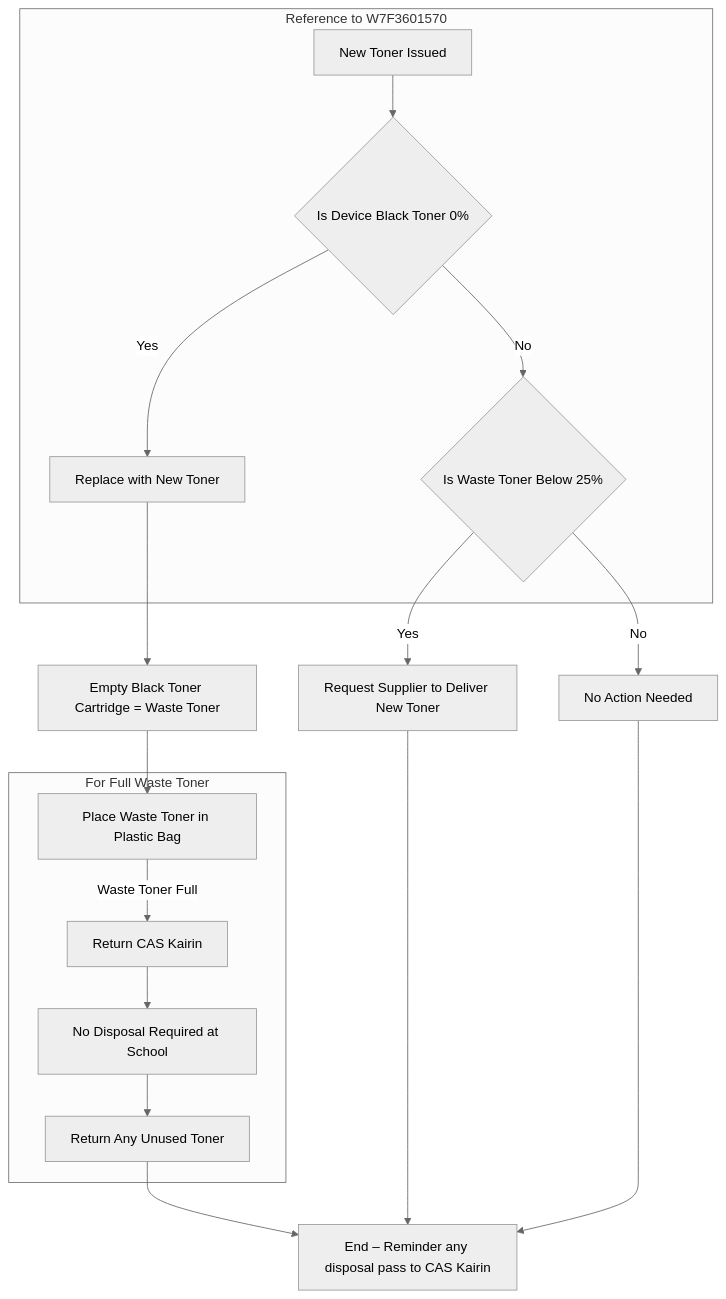
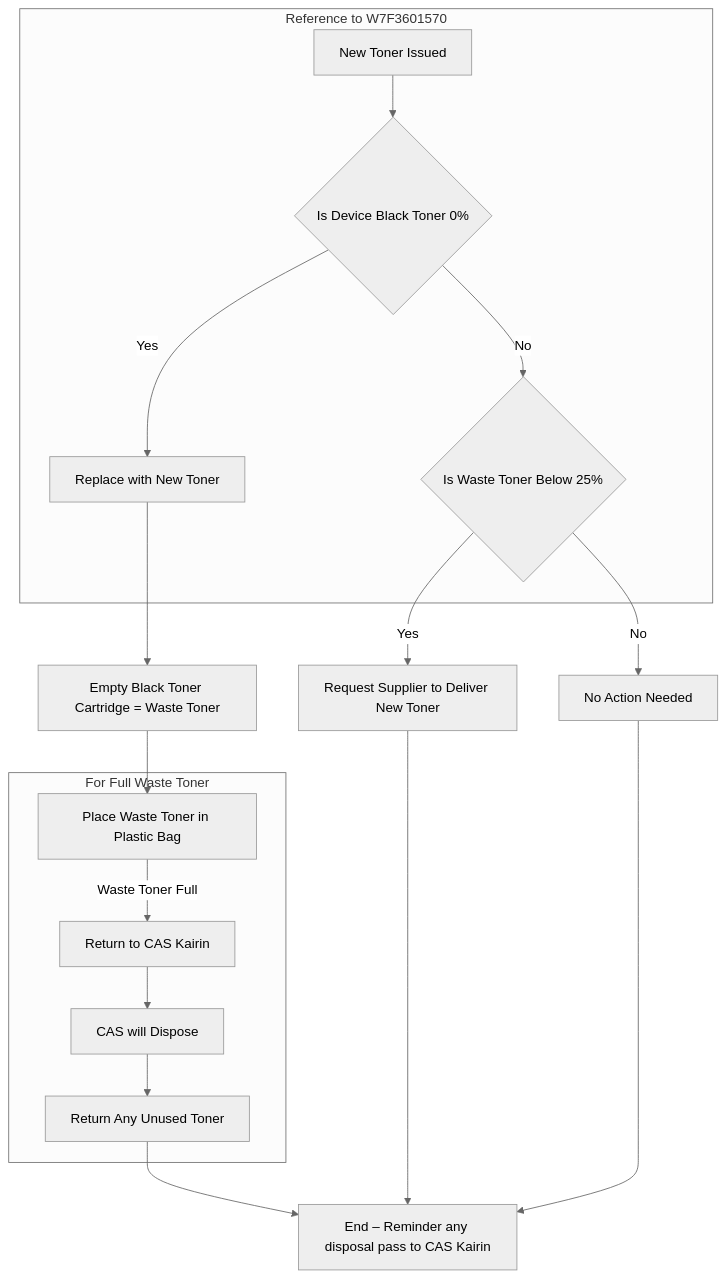
The diagram in CAS/Kyocera/disposal.md (kairin/mermaid), drawn with Mermaid (neutral theme) before and after one commit.

````diff
--- a/CAS/Kyocera/disposal.md
+++ b/CAS/Kyocera/disposal.md
@@ -1,20 +1,20 @@
 ```mermaid
 graph TD
 subgraph Reference to W7F3601570
     A[New Toner Issued] --> B{Is Device Black Toner 0%}
     B -- Yes --> C[Replace with New Toner]
     B -- No --> L{Is Waste Toner Below 25%}
 end
     C --> D[Empty Black Toner Cartridge = Waste Toner]
     D --> E[Place Waste Toner in Plastic Bag]
 subgraph For Full Waste Toner
-    E -- Waste Toner Full --> G[Return CAS Kairin]
-    G --> H[No Disposal Required at School]
+    E -- Waste Toner Full --> G[Return to CAS Kairin]
+    G --> H[CAS will Dispose]
     H --> I[Return Any Unused Toner]
 end
     L -- Yes --> M[Request Supplier to Deliver New Toner]
     L -- No --> J[No Action Needed]
     J --> K[End – Reminder any disposal pass to CAS Kairin]
     I --> K
     M --> K
 ```
````
